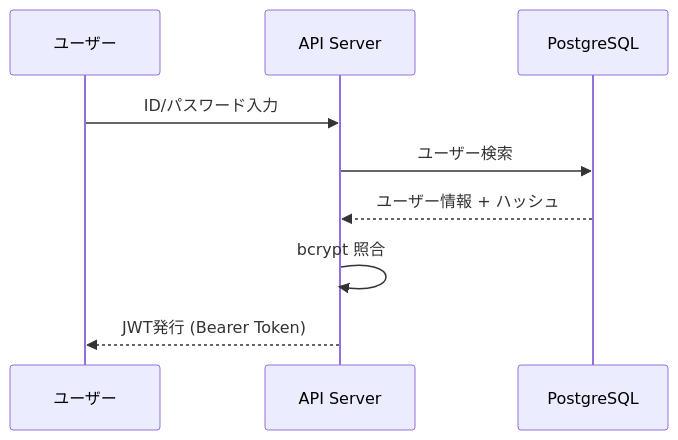
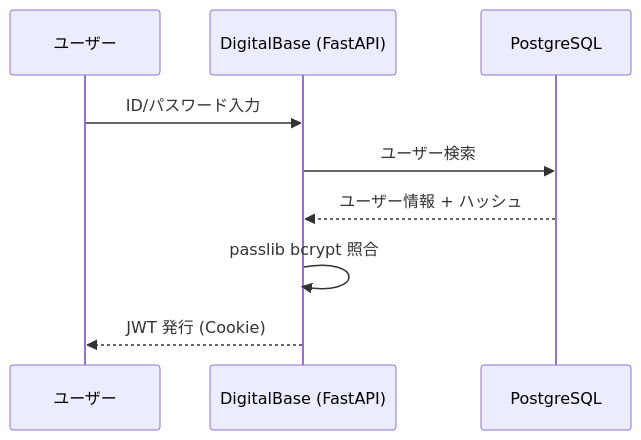
One commit to lmlight-app/dist_vite changed the second of 5 diagrams in docs/src/17_システム構成図.md. Above: the diagram before and after it, drawn with Mermaid. The commit also changed other lines of this file and 58 other files, not shown here.

First line of the commit message:
Rebrand LM Light to DigitalBase and update docs

````diff
--- a/docs/src/17_システム構成図.md
+++ b/docs/src/17_システム構成図.md
@@ -153,12 +142,12 @@
 ```mermaid
 sequenceDiagram
     participant U as ユーザー
-    participant API as API Server
+    participant App as DigitalBase (FastAPI)
     participant DB as PostgreSQL
 
-    U->>API: ID/パスワード入力
-    API->>DB: ユーザー検索
-    DB-->>API: ユーザー情報 + ハッシュ
-    API->>API: bcrypt 照合
-    API-->>U: JWT発行 (Bearer Token)
+    U->>App: ID/パスワード入力
+    App->>DB: ユーザー検索
+    DB-->>App: ユーザー情報 + ハッシュ
+    App->>App: passlib bcrypt 照合
+    App-->>U: JWT 発行 (Cookie)
 ```
````
